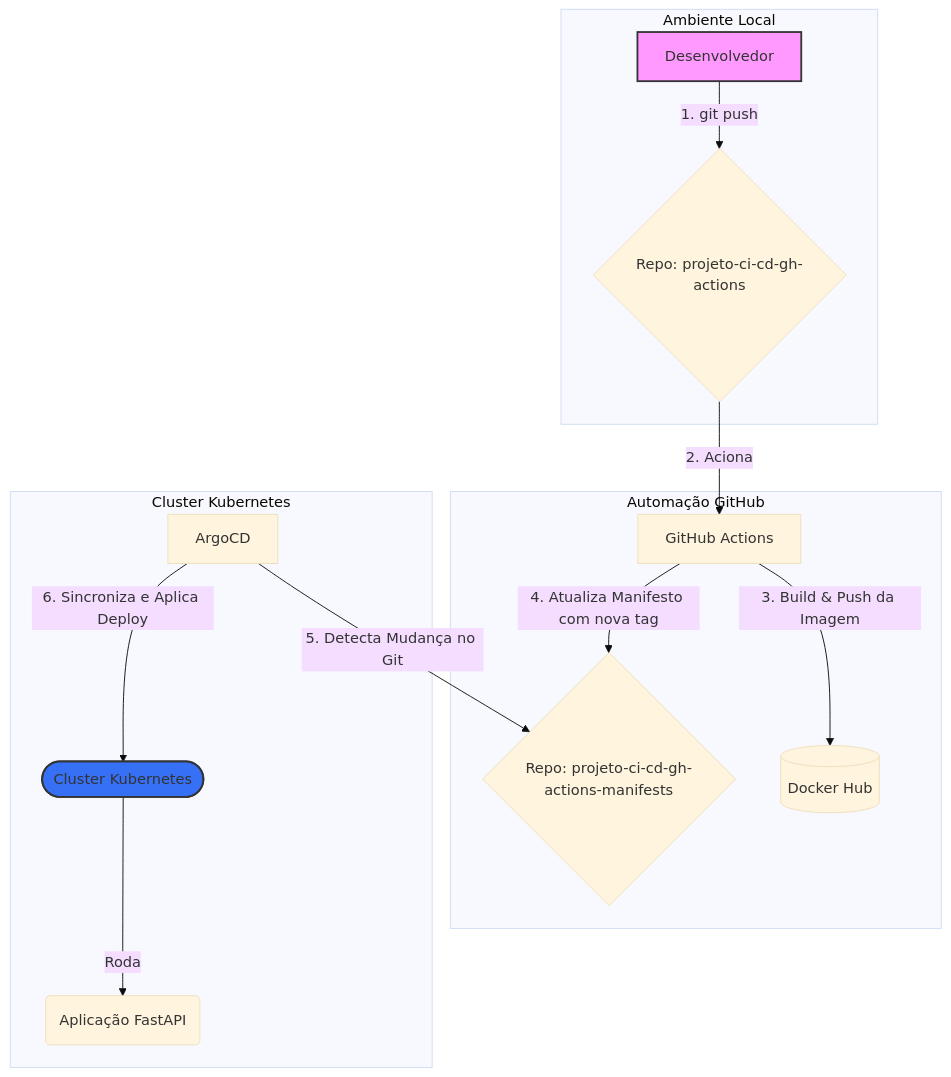
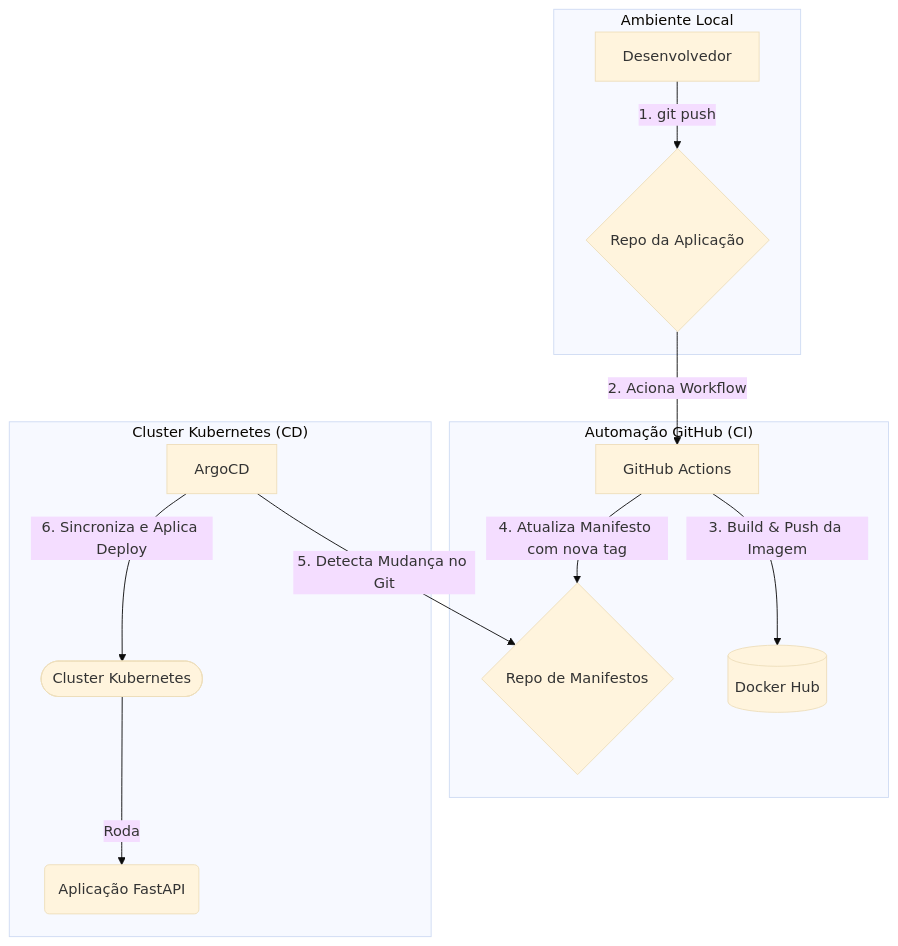
Before and after one commit to oig04/projeto-ci-cd-gh-actions: the diagram in README.md, drawn with Mermaid (base theme). The commit also changed other lines of this file, not shown here.

````diff
--- a/README.md
+++ b/README.md
@@ -9,21 +21,18 @@
 ```mermaid
 graph TD
     subgraph "Ambiente Local"
-        A[Desenvolvedor] -- 1. git push --> B{Repo: projeto-ci-cd-gh-actions};
+        A[Desenvolvedor] -- 1. git push --> B{Repo da Aplicação};
     end
 
-    subgraph "Automação GitHub"
-        B -- 2. Aciona --> C[GitHub Actions];
+    subgraph "Automação GitHub (CI)"
+        B -- 2. Aciona Workflow --> C[GitHub Actions];
         C -- 3. Build & Push da Imagem --> D[(Docker Hub)];
-        C -- 4. Atualiza Manifesto com nova tag --> E{Repo: projeto-ci-cd-gh-actions-manifests};
+        C -- 4. Atualiza Manifesto com nova tag --> E{Repo de Manifestos};
     end
 
-    subgraph "Cluster Kubernetes"
+    subgraph "Cluster Kubernetes (CD)"
         F[ArgoCD] -- 5. Detecta Mudança no Git --> E;
         F -- 6. Sincroniza e Aplica Deploy --> G([Cluster Kubernetes]);
         G -- Roda --> H(Aplicação FastAPI);
     end
-
-    style A fill:#f9f,stroke:#333,stroke-width:2px
-    style G fill:#3670f4,stroke:#333,stroke-width:2px
 ```
````
